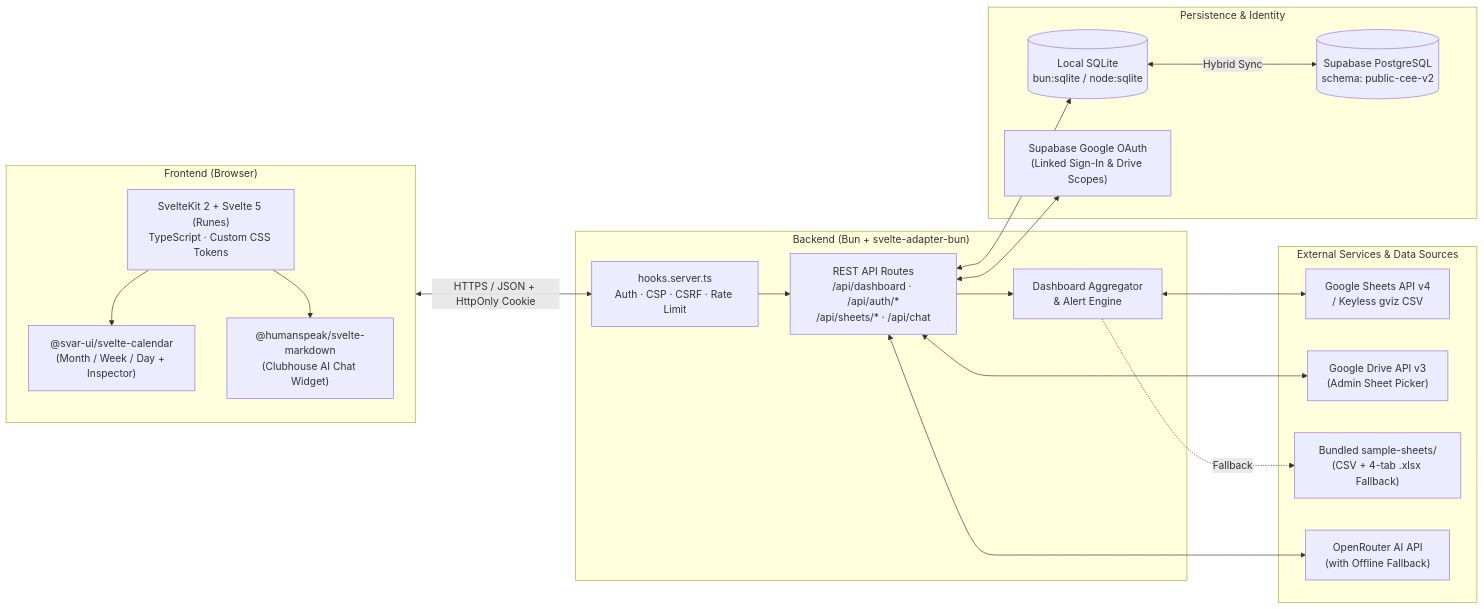
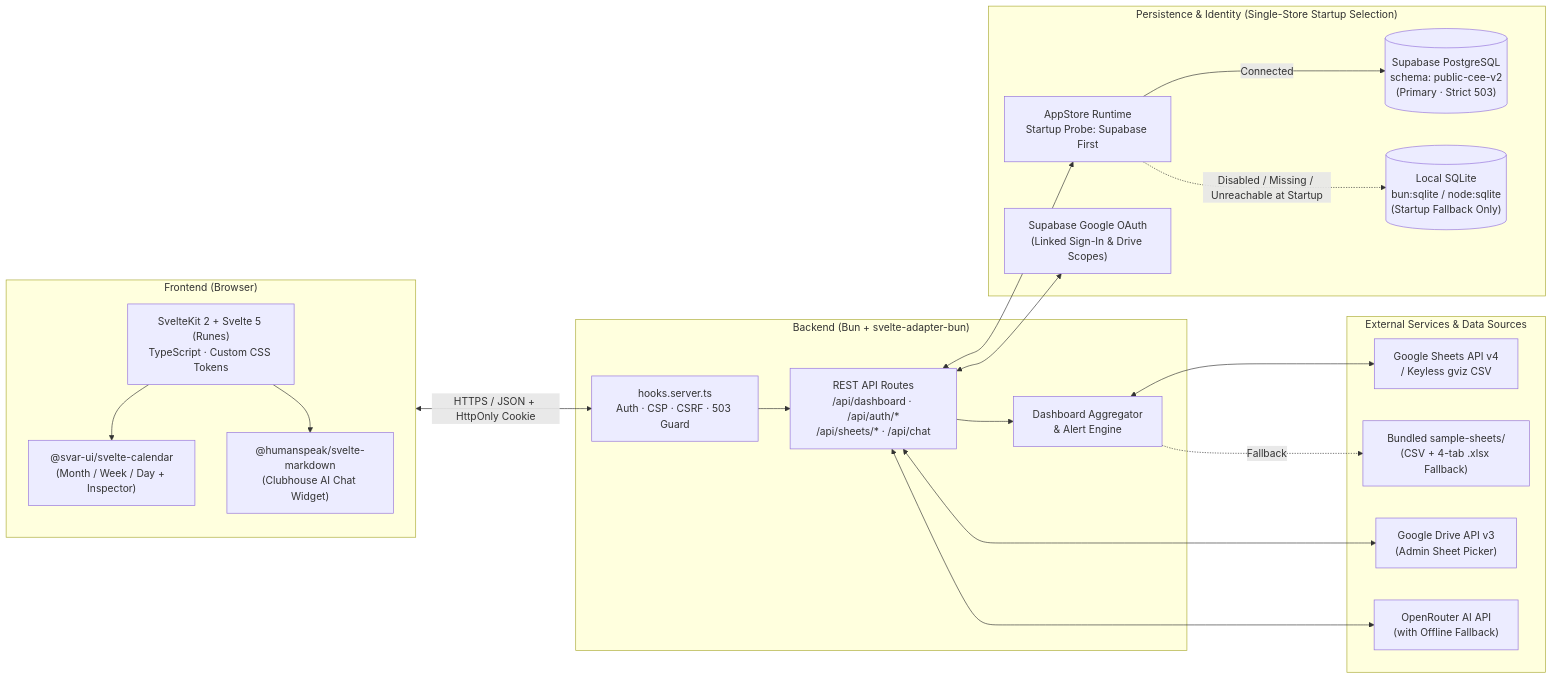
Before and after one commit to Armmy2530/CEE-final-project: the diagram in README.md, drawn with Mermaid. The commit also changed other lines of this file and 3 other files, not shown here.

Commit message:
docs: update README, features, Mermaid diagram, and add ADR-0012

````diff
--- a/README.md
+++ b/README.md
@@ -35,39 +35,41 @@
 ```mermaid
 flowchart LR
   subgraph Client["Frontend (Browser)"]
     UI["SvelteKit 2 + Svelte 5 (Runes)<br/>TypeScript · Custom CSS Tokens"]
     CAL["@svar-ui/svelte-calendar<br/>(Month / Week / Day + Inspector)"]
     MD["@humanspeak/svelte-markdown<br/>(Clubhouse AI Chat Widget)"]
     UI --> CAL
     UI --> MD
   end
 
   subgraph Server["Backend (Bun + svelte-adapter-bun)"]
-    HOOKS["hooks.server.ts<br/>Auth · CSP · CSRF · Rate Limit"]
+    HOOKS["hooks.server.ts<br/>Auth · CSP · CSRF · 503 Guard"]
     API["REST API Routes<br/>/api/dashboard · /api/auth/*<br/>/api/sheets/* · /api/chat"]
     ENGINE["Dashboard Aggregator<br/>& Alert Engine"]
     HOOKS --> API --> ENGINE
   end
 
-  subgraph Data["Persistence & Identity"]
-    SQLITE[("Local SQLite<br/>bun:sqlite / node:sqlite")]
-    SUPA[("Supabase PostgreSQL<br/>schema: public-cee-v2")]
+  subgraph Data["Persistence & Identity (Single-Store Startup Selection)"]
+    STORE["AppStore Runtime<br/>Startup Probe: Supabase First"]
+    SUPA[("Supabase PostgreSQL<br/>schema: public-cee-v2<br/>(Primary · Strict 503)")]
+    SQLITE[("Local SQLite<br/>bun:sqlite / node:sqlite<br/>(Startup Fallback Only)")]
     OAUTH["Supabase Google OAuth<br/>(Linked Sign-In & Drive Scopes)"]
-    SQLITE <-->|"Hybrid Sync"| SUPA
+    STORE -->|"Connected"| SUPA
+    STORE -.->|"Disabled / Missing / Unreachable at Startup"| SQLITE
   end
 
   subgraph External["External Services & Data Sources"]
     SHEETS["Google Sheets API v4<br/>/ Keyless gviz CSV"]
+    MOCK["Bundled sample-sheets/<br/>(CSV + 4-tab .xlsx Fallback)"]
     DRIVE["Google Drive API v3<br/>(Admin Sheet Picker)"]
-    MOCK["Bundled sample-sheets/<br/>(CSV + 4-tab .xlsx Fallback)"]
     AI["OpenRouter AI API<br/>(with Offline Fallback)"]
   end
 
   Client <-->|"HTTPS / JSON + HttpOnly Cookie"| HOOKS
-  API <--> SQLITE
+  API <--> STORE
   API <--> OAUTH
   ENGINE <--> SHEETS
+  ENGINE -.->|"Fallback"| MOCK
   API <--> DRIVE
-  ENGINE -.->|"Fallback"| MOCK
   API <--> AI
 ```
````
